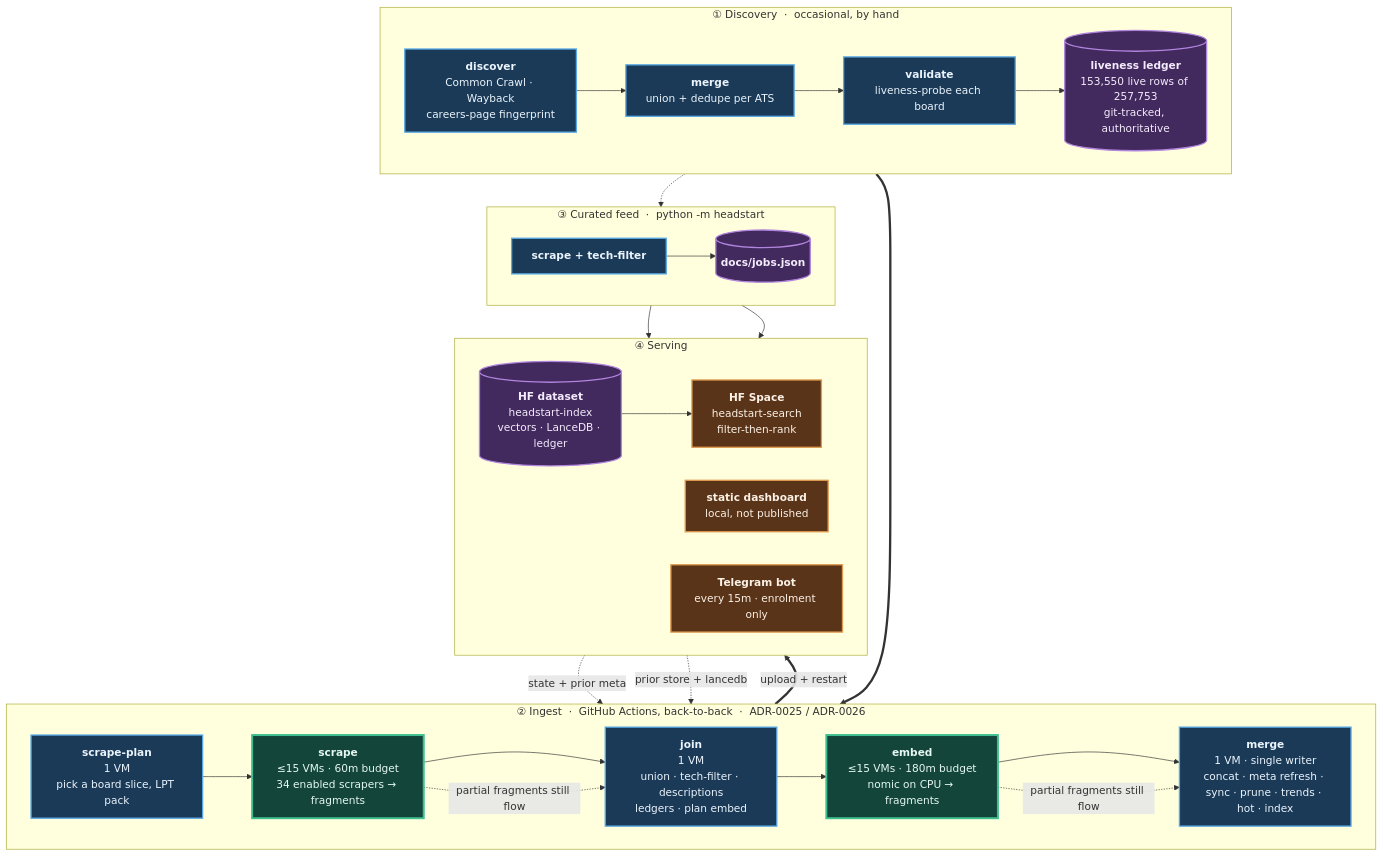
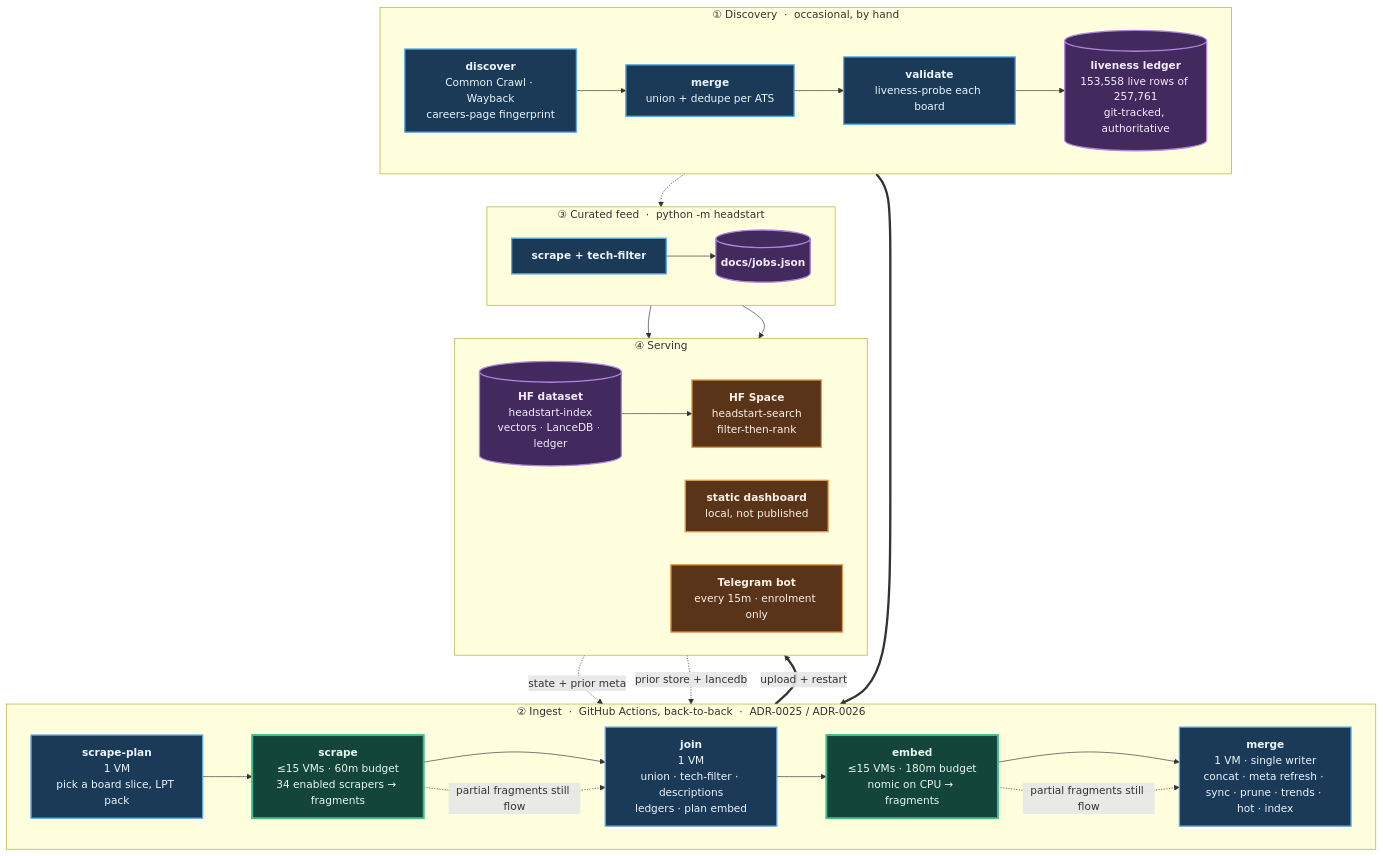
Before and after one commit to sarthakjain004/headstart: the diagram in README.md, drawn with Mermaid. The commit also changed other lines of this file and 6 other files, not shown here.

````diff
--- a/README.md
+++ b/README.md
@@ -169,56 +169,56 @@
 ```mermaid
 flowchart TB
     subgraph D["① Discovery &nbsp;·&nbsp; occasional, by hand"]
         direction LR
         D1["<b>discover</b><br/>Common Crawl · Wayback<br/>careers-page fingerprint"]
         D2["<b>merge</b><br/>union + dedupe per ATS"]
         D3["<b>validate</b><br/>liveness-probe each board"]
-        D4[("<b>liveness ledger</b><br/>153,550 live rows of 257,753<br/>git-tracked, authoritative")]
+        D4[("<b>liveness ledger</b><br/>153,558 live rows of 257,761<br/>git-tracked, authoritative")]
         D1 --> D2 --> D3 --> D4
     end
 
     subgraph P["② Ingest &nbsp;·&nbsp; GitHub Actions, back-to-back &nbsp;·&nbsp; ADR-0025 / ADR-0026"]
         direction LR
         P1["<b>scrape-plan</b><br/>1 VM<br/>pick a board slice, LPT pack"]
         P2["<b>scrape</b><br/>≤15 VMs · 60m budget<br/>34 enabled scrapers → fragments"]
         P3["<b>join</b><br/>1 VM<br/>union · tech-filter · descriptions<br/>ledgers · plan embed"]
         P4["<b>embed</b><br/>≤15 VMs · 180m budget<br/>nomic on CPU → fragments"]
         P5["<b>merge</b><br/>1 VM · single writer<br/>concat · meta refresh · sync · prune · trends · hot · index"]
         P1 --> P2 --> P3 --> P4 --> P5
     end
 
     subgraph F["③ Curated feed &nbsp;·&nbsp; python -m headstart"]
         direction LR
         F1["<b>scrape + tech-filter</b>"]
         F2[("<b>docs/jobs.json</b>")]
         F1 --> F2
     end
 
     subgraph S["④ Serving"]
         direction LR
         S1[("<b>HF dataset</b><br/>headstart-index<br/>vectors · LanceDB · ledger")]
         S2["<b>HF Space</b><br/>headstart-search<br/>filter-then-rank"]
         S3["<b>static dashboard</b><br/>local, not published"]
         S4["<b>Telegram bot</b><br/>every 15m · enrolment only"]
         S1 --> S2
     end
 
     D4 ==> P1
     S1 -. "state + prior meta" .-> P1
     S1 -. "prior store + lancedb" .-> P5
     D4 -.-> F1
     P5 ==>|"upload + restart"| S1
     F2 --> S3
     F2 --> S4
     P2 -. "partial fragments still flow" .-> P3
     P4 -. "partial fragments still flow" .-> P5
 
     classDef serial fill:#1b3a57,stroke:#5aa9e6,stroke-width:2px,color:#eaf4fc
     classDef fan fill:#14453a,stroke:#3fbf8f,stroke-width:3px,color:#e4f7f0
     classDef store fill:#42295e,stroke:#b184dd,stroke-width:2px,color:#f4ecfc
     classDef serve fill:#5a3418,stroke:#e09a4f,stroke-width:2px,color:#fbf1e6
     class D1,D2,D3,P1,P3,P5,F1 serial
     class P2,P4 fan
     class D4,F2,S1 store
     class S2,S3,S4 serve
 ```
````
